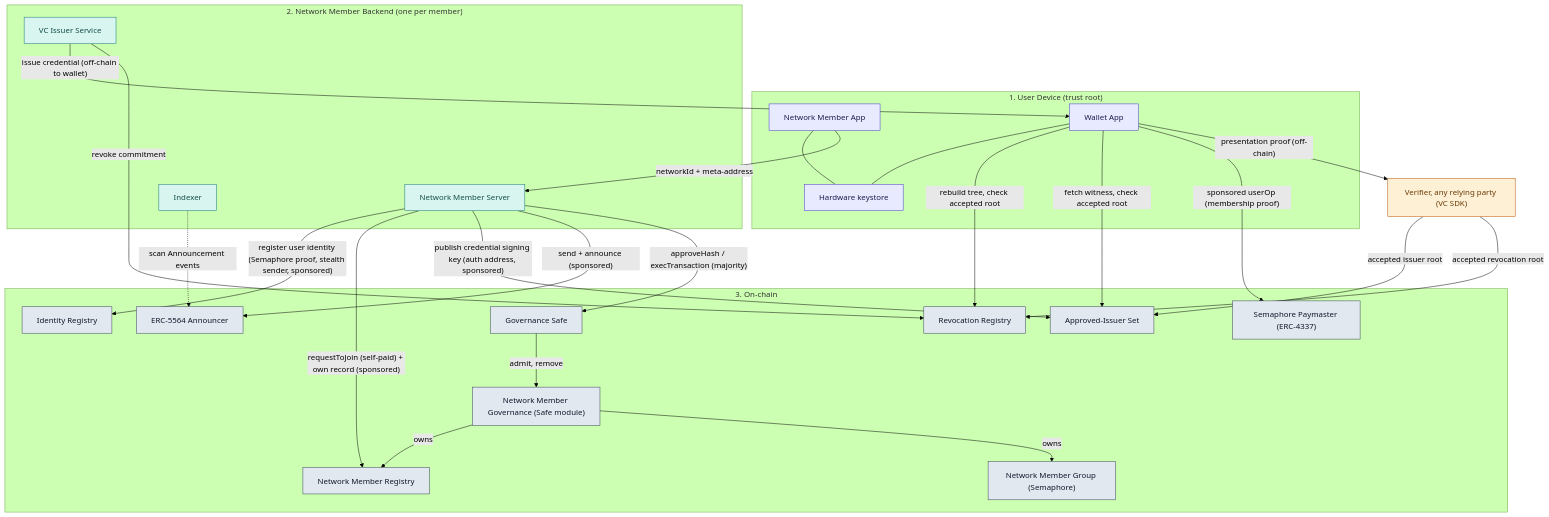
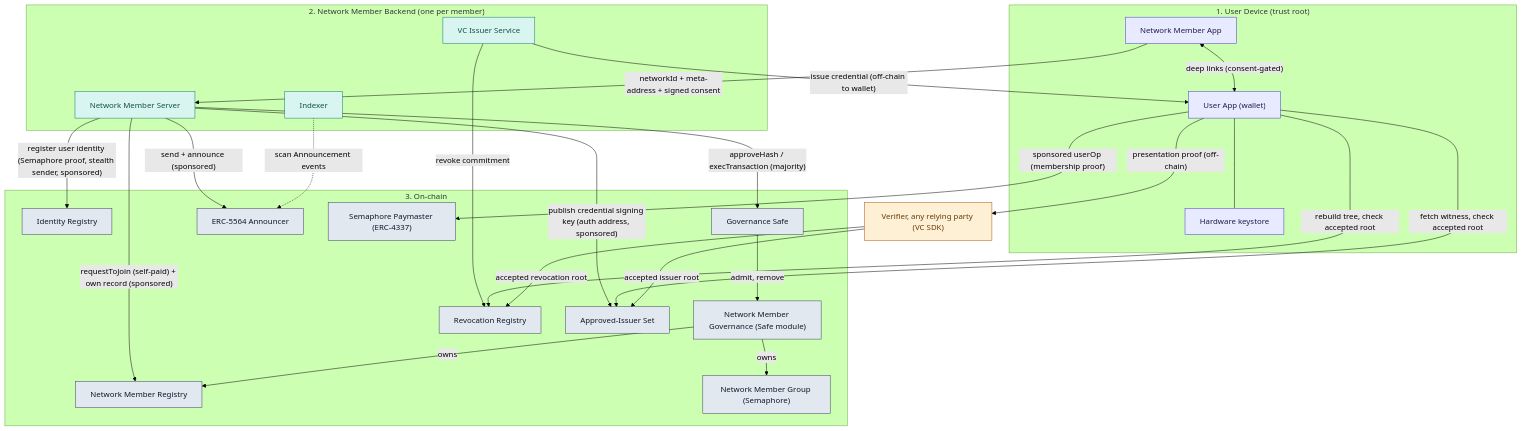
One commit to ethereum/coordination-network changed the first of 7 diagrams in specs/06-full-architecture-phase-1.md. Above: the diagram before and after it, drawn with Mermaid (forest theme). The commit also changed other lines of this file and 11 other files, not shown here.

````diff
--- a/specs/06-full-architecture-phase-1.md
+++ b/specs/06-full-architecture-phase-1.md
@@ -44,58 +44,58 @@
 ```mermaid
 flowchart TB
   subgraph DEV["1. User Device (trust root)"]
+    UA["User App (wallet)"]
     NMA["Network Member App"]
-    WAL["Wallet App"]
     HW["Hardware keystore"]
   end
 
   subgraph MEMBER["2. Network Member Backend (one per member)"]
     NMS["Network Member Server"]
     ISS["VC Issuer Service"]
     IDX["Indexer"]
   end
 
   VER["Verifier, any relying party (VC SDK)"]
 
   subgraph CHAIN["3. On-chain"]
     IDM["Identity Registry"]
     NMM["Network Member Registry"]
     GRP["Network Member Group (Semaphore)"]
     GOV["Network Member Governance (Safe module)"]
     SAFE["Governance Safe"]
     ANN["ERC-5564 Announcer"]
     REV["Revocation Registry"]
     ISET["Approved-Issuer Set"]
     PAY["Semaphore Paymaster (ERC-4337)"]
   end
 
-  NMA --- HW
-  WAL --- HW
-  NMA -->|"networkId + meta-address"| NMS
+  UA --- HW
+  NMA <-->|"deep links (consent-gated)"| UA
+  NMA -->|"networkId + meta-address + signed consent"| NMS
   NMS -->|"register user identity (Semaphore proof, stealth sender, sponsored)"| IDM
   NMS -->|"requestToJoin (self-paid) + own record (sponsored)"| NMM
   NMS -->|"publish credential signing key (auth address, sponsored)"| ISET
   NMS -->|"send + announce (sponsored)"| ANN
-  ISS -->|"issue credential (off-chain to wallet)"| WAL
+  ISS -->|"issue credential (off-chain to wallet)"| UA
   ISS -->|"revoke commitment"| REV
-  WAL -->|"rebuild tree, check accepted root"| REV
-  WAL -->|"fetch witness, check accepted root"| ISET
-  WAL -->|"sponsored userOp (membership proof)"| PAY
-  WAL -->|"presentation proof (off-chain)"| VER
+  UA -->|"rebuild tree, check accepted root"| REV
+  UA -->|"fetch witness, check accepted root"| ISET
+  UA -->|"sponsored userOp (membership proof)"| PAY
+  UA -->|"presentation proof (off-chain)"| VER
   VER -->|"accepted issuer root"| ISET
   VER -->|"accepted revocation root"| REV
   IDX -.->|"scan Announcement events"| ANN
   NMS -->|"approveHash / execTransaction (majority)"| SAFE
   SAFE -->|"admit, remove"| GOV
   GOV -->|"owns"| NMM
   GOV -->|"owns"| GRP
 
   classDef device fill:#e8eaff,stroke:#4338ca,color:#1e1b4b;
   classDef member fill:#d9f5f0,stroke:#0f766e,color:#134e4a;
   classDef chain fill:#e2e8f0,stroke:#334155,color:#0f172a;
   classDef verifier fill:#fdf0d5,stroke:#b45309,color:#6b3a05;
-  class NMA,WAL,HW device;
+  class UA,NMA,HW device;
   class NMS,ISS,IDX member;
   class VER verifier;
   class IDM,NMM,GRP,GOV,SAFE,ANN,REV,ISET,PAY chain;
 ```
````
